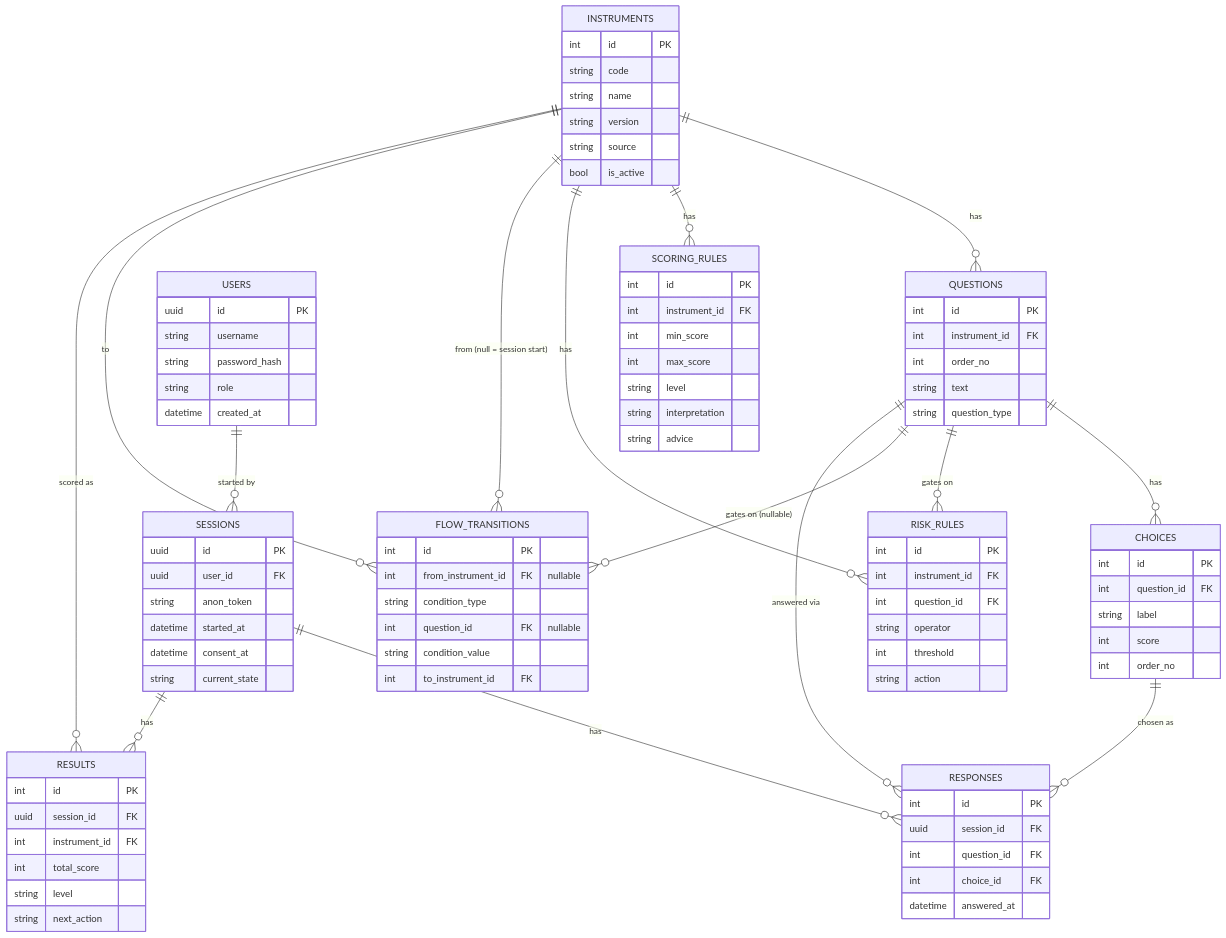
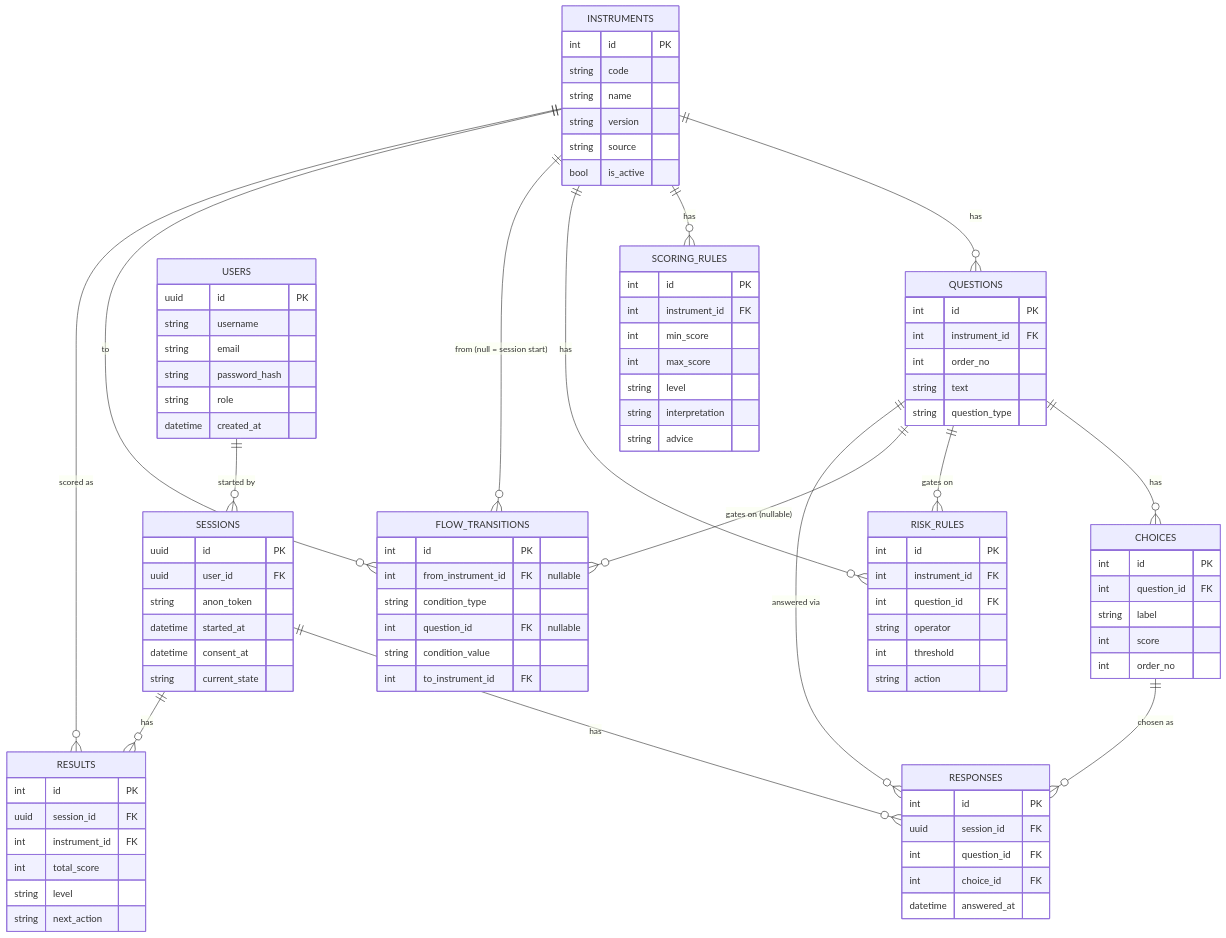
The second of 2 diagrams in README.md (oakjedsada/project-heal), drawn with Mermaid before and after one commit. The commit also changed 29 other files, not shown here.

```diff
--- a/README.md
+++ b/README.md
@@ -124,6 +124,7 @@
     USERS {
         uuid id PK
         string username
+        string email
         string password_hash
         string role
         datetime created_at
```
